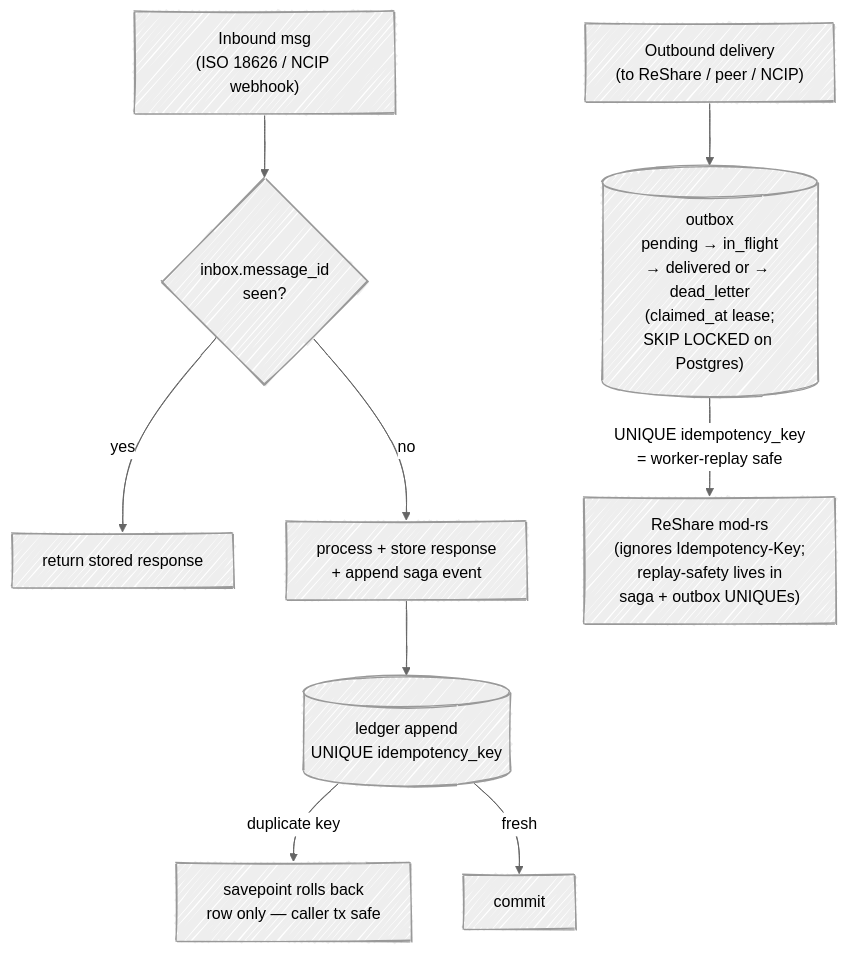
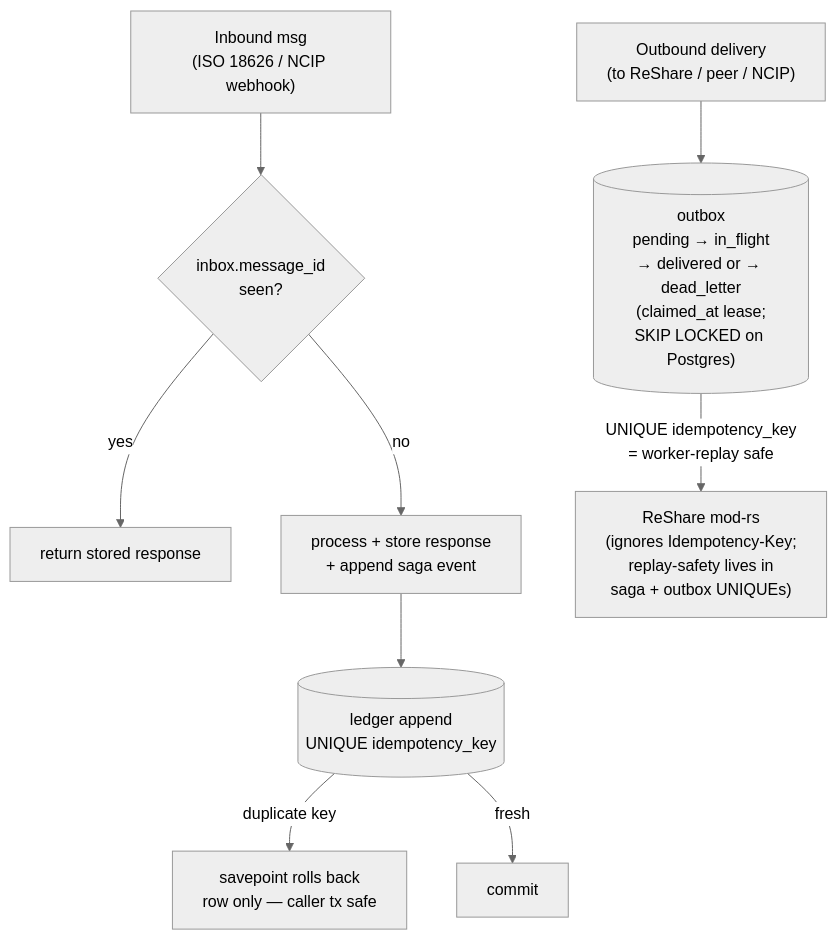
One commit to gmanch94/agora changed the fourth of 5 diagrams in docs/architecture.md. Above: the diagram before and after it, drawn with Mermaid. The commit also changed other lines of this file, not shown here.

First line of the commit message:
fix(docs): architecture.md mermaid rendering — dark mode + parse + cross-stripes

````diff
--- a/docs/architecture.md
+++ b/docs/architecture.md
@@ -175,17 +183,16 @@
 ```mermaid
 ---
 config:
-  look: handDrawn
   theme: neutral
 ---
 flowchart TB
     IN["Inbound msg<br/>(ISO 18626 / NCIP webhook)"] --> CHK{"inbox.message_id<br/>seen?"}
     CHK -->|yes| REPLAY["return stored response"]
     CHK -->|no| PROC["process + store response<br/>+ append saga event"]
     PROC --> LEDG[("ledger append<br/>UNIQUE idempotency_key")]
     LEDG -->|duplicate key| SAVEPOINT["savepoint rolls back<br/>row only — caller tx safe"]
     LEDG -->|fresh| OK["commit"]
 
     OUT["Outbound delivery<br/>(to ReShare / peer / NCIP)"] --> OBOX[("outbox<br/>pending → in_flight<br/>→ delivered or → dead_letter<br/>(claimed_at lease;<br/>SKIP LOCKED on Postgres)")]
     OBOX -->|UNIQUE idempotency_key<br/>= worker-replay safe| RS["ReShare mod-rs<br/>(ignores Idempotency-Key;<br/>replay-safety lives in<br/>saga + outbox UNIQUEs)"]
 ```
````
